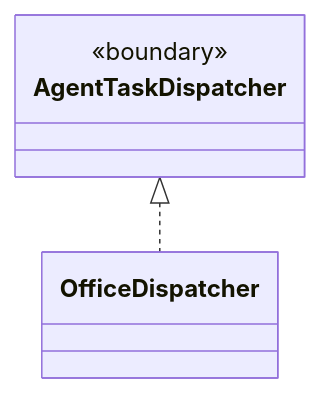
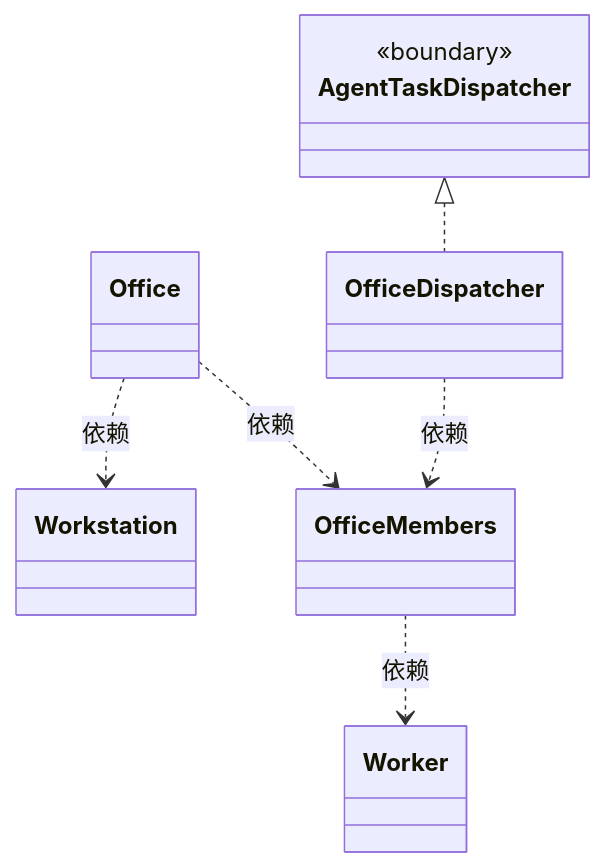
The first of 2 diagrams in src/framework/office/ARCHITECTURE.md (nan023062/cbim), drawn with Mermaid before and after one commit. The commit also changed other lines of this file and 480 other files, not shown here.

````diff
--- a/src/framework/office/ARCHITECTURE.md
+++ b/src/framework/office/ARCHITECTURE.md
@@ -17,10 +35,22 @@
 ```mermaid
 classDiagram
+class N_59750c90a0a0["OfficeMembers"]
+click N_59750c90a0a0 href "members.ts"
+class N_94112da49e14["Worker"]
+click N_94112da49e14 href "worker.ts"
+class N_ffd9d70903a7["Office"]
+click N_ffd9d70903a7 href "office.ts"
+class N_a2efd1e9efe3["OfficeDispatcher"]
+click N_a2efd1e9efe3 href "index.ts"
+class N_11622fd437a0["Workstation"]
+click N_11622fd437a0 href "workstation.ts"
 class N_89a1c69bfd27["AgentTaskDispatcher"] {
   <<boundary>>
 }
 click N_89a1c69bfd27 href "../cability/agent/execution.ts"
-class N_a2efd1e9efe3["OfficeDispatcher"]
-click N_a2efd1e9efe3 href "index.ts"
+N_59750c90a0a0 ..> N_94112da49e14 : 依赖
+N_ffd9d70903a7 ..> N_11622fd437a0 : 依赖
+N_ffd9d70903a7 ..> N_59750c90a0a0 : 依赖
+N_a2efd1e9efe3 ..> N_59750c90a0a0 : 依赖
 N_89a1c69bfd27 <|.. N_a2efd1e9efe3
 ```
````
